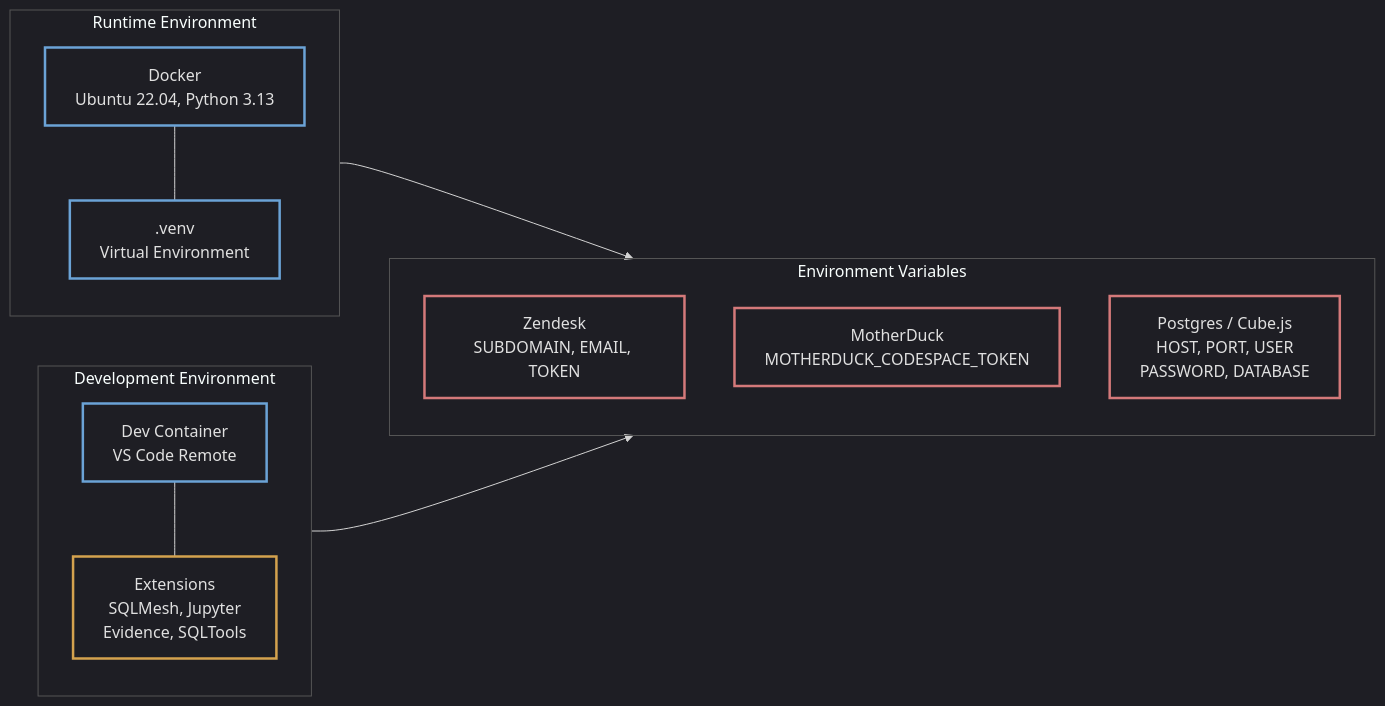
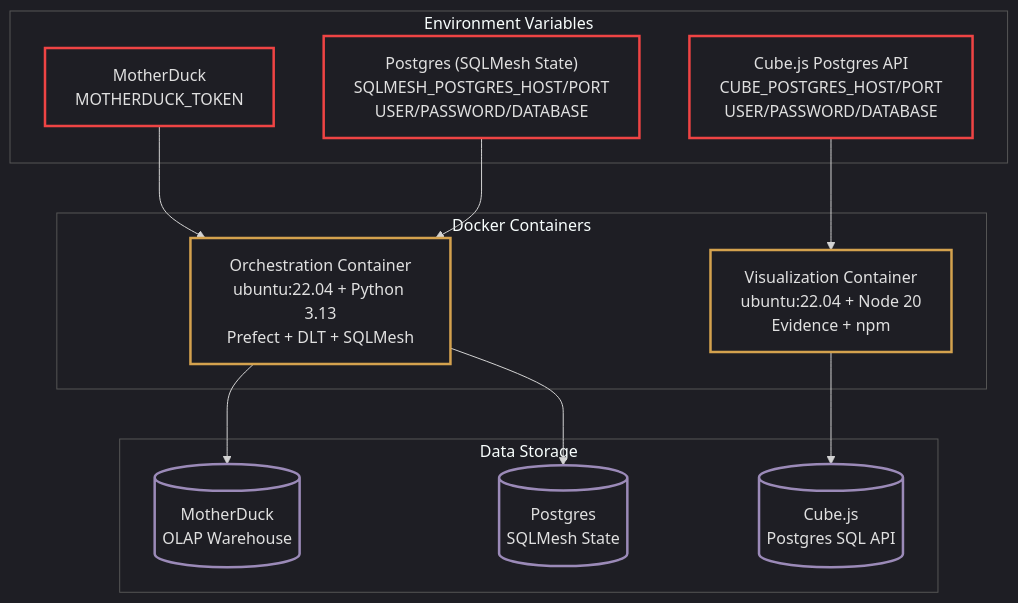
Before and after one commit to MetricForge-Analytics-Inc/MetricForge-City-Foundation: the seventh of 9 diagrams in Documentation/Architecture/system-architecture.md, drawn with Mermaid. The commit also changed other lines of this file and 93 other files, not shown here.

````diff
--- a/Documentation/Architecture/system-architecture.md
+++ b/Documentation/Architecture/system-architecture.md
@@ -360,31 +236,31 @@
 ```mermaid
 %%{init: {'theme': 'dark', 'themeVariables': {'mainBkg': 'transparent', 'nodeBorder': '#555', 'clusterBkg': 'transparent', 'clusterBorder': '#555'}}}%%
-flowchart LR
-    classDef infra fill:none,color:#e0e0e0,stroke:#6ba3d6,stroke-width:2.5px
-    classDef env fill:none,color:#e0e0e0,stroke:#d4a24e,stroke-width:2.5px
-    classDef secret fill:none,color:#e0e0e0,stroke:#d4797a,stroke-width:2.5px
+flowchart TB
+    classDef process fill:none,color:#e0e0e0,stroke:#d4a24e,stroke-width:2.5px
+    classDef db fill:none,color:#e0e0e0,stroke:#9b8ab8,stroke-width:2.5px
+    classDef secret fill:none,color:#e0e0e0,stroke:#ef4444,stroke-width:2.5px
 
-    subgraph RUNTIME ["Runtime Environment"]
-        direction TB
-        DC["Docker<br/>Ubuntu 22.04, Python 3.13"]:::infra
-        VENV[".venv<br/>Virtual Environment"]:::infra
-        DC --- VENV
+    subgraph SECRETS ["Environment Variables"]
+        MD_TOKEN["MotherDuck<br/>MOTHERDUCK_TOKEN"]:::secret
+        PG_CREDS["Postgres (SQLMesh State)<br/>SQLMESH_POSTGRES_HOST/PORT<br/>USER/PASSWORD/DATABASE"]:::secret
+        CUBE_CREDS["Cube.js Postgres API<br/>CUBE_POSTGRES_HOST/PORT<br/>USER/PASSWORD/DATABASE"]:::secret
     end
 
-    subgraph DEV ["Development Environment"]
-        direction TB
-        DEVCON["Dev Container<br/>VS Code Remote"]:::infra
-        EXTENSIONS["Extensions<br/>SQLMesh, Jupyter<br/>Evidence, SQLTools"]:::env
-        DEVCON --- EXTENSIONS
+    subgraph CONTAINERS ["Docker Containers"]
+        C1["Orchestration Container<br/>ubuntu:22.04 + Python 3.13<br/>Prefect + DLT + SQLMesh"]:::process
+        C2["Visualization Container<br/>ubuntu:22.04 + Node 20<br/>Evidence + npm"]:::process
     end
 
-    subgraph SECRETS ["Environment Variables"]
-        direction TB
-        ZEN_CREDS["Zendesk<br/>SUBDOMAIN, EMAIL, TOKEN"]:::secret
-        MD_CREDS["MotherDuck<br/>MOTHERDUCK_CODESPACE_TOKEN"]:::secret
-        PG_CREDS["Postgres / Cube.js<br/>HOST, PORT, USER<br/>PASSWORD, DATABASE"]:::secret
+    subgraph STORAGE ["Data Storage"]
+        DUCK[("MotherDuck<br/>OLAP Warehouse")]:::db
+        PG_STATE[("Postgres<br/>SQLMesh State")]:::db
+        CUBE_PG[("Cube.js<br/>Postgres SQL API")]:::db
     end
 
-    RUNTIME --> SECRETS
-    DEV --> SECRETS
+    MD_TOKEN --> C1
+    PG_CREDS --> C1
+    CUBE_CREDS --> C2
+    C1 --> DUCK
+    C1 --> PG_STATE
+    C2 --> CUBE_PG
 ```
````
